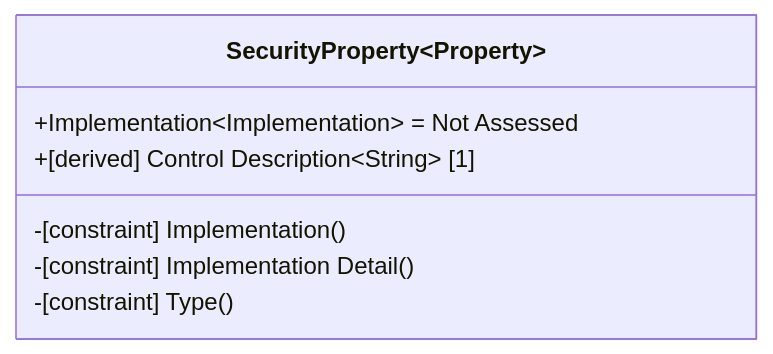
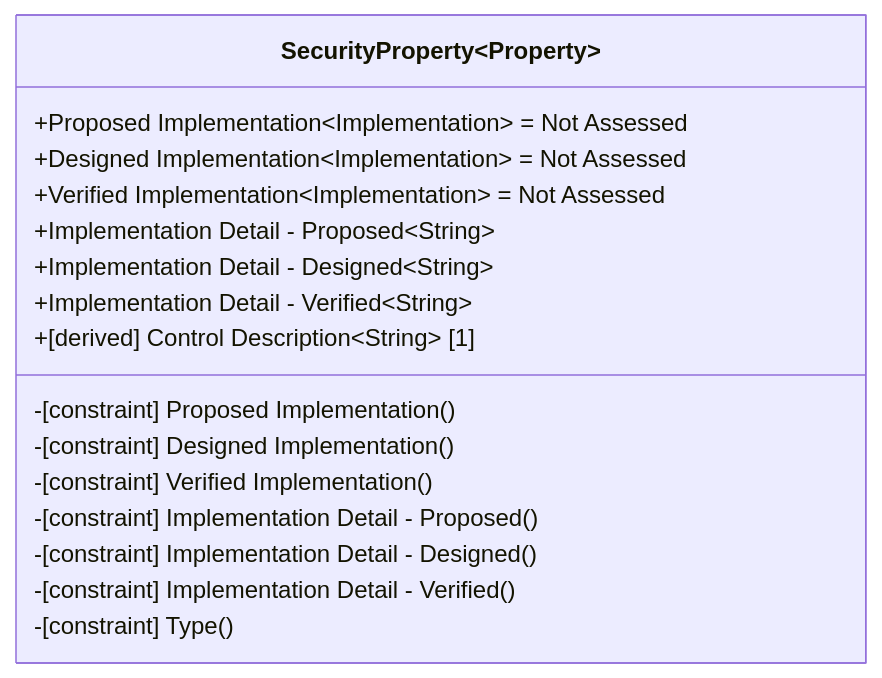
Diagram 34 of 45 in Documentation/stereotypes.md (stuartfowler/CEMT), drawn with Mermaid before and after one commit. The commit also changed other lines of this file and 14 other files, not shown here.

````diff
--- a/Documentation/stereotypes.md
+++ b/Documentation/stereotypes.md
@@ -752,10 +766,19 @@
 ```mermaid
     classDiagram
         class SecurityProperty~Property~ {
-            +Implementation~Implementation~ = Not Assessed
+            +Proposed Implementation~Implementation~ = Not Assessed
+            +Designed Implementation~Implementation~ = Not Assessed
+            +Verified Implementation~Implementation~ = Not Assessed
+            +Implementation Detail - Proposed~String~
+            +Implementation Detail - Designed~String~
+            +Implementation Detail - Verified~String~
             +[derived] Control Description~String~ [1]
-            -[constraint] Implementation()
-            -[constraint] Implementation Detail()
+            -[constraint] Proposed Implementation()
+            -[constraint] Designed Implementation()
+            -[constraint] Verified Implementation()
+            -[constraint] Implementation Detail - Proposed()
+            -[constraint] Implementation Detail - Designed()
+            -[constraint] Implementation Detail - Verified()
             -[constraint] Type()
         }
 ```
````
